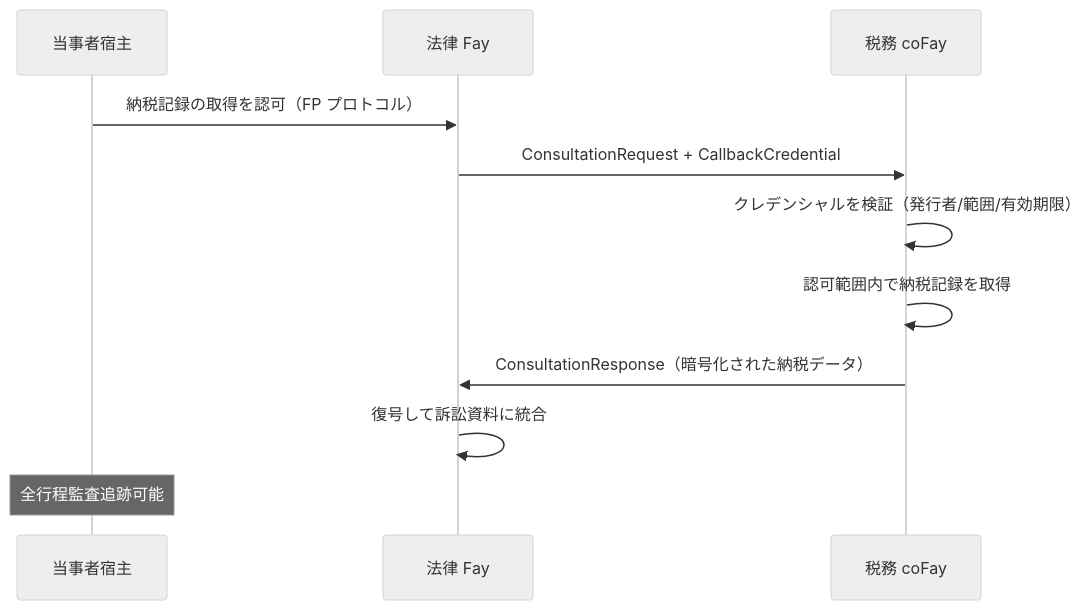
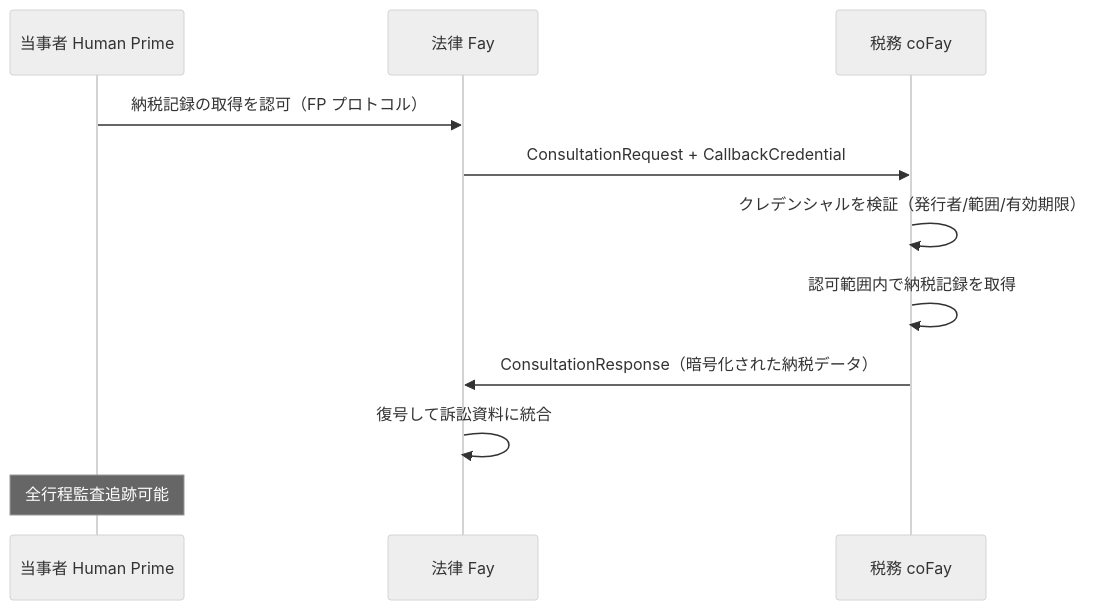
One commit to ChainModePilot/Telepathy-Protocol changed the third of 5 diagrams in docs/ja/blueprint/4-応用シナリオ.md. Above: the diagram before and after it, drawn with Mermaid (neutral theme). The commit also changed other lines of this file and 68 other files, not shown here.

First line of the commit message:
Use 'Human Prime' instead of 'Host' in blueprints

````diff
--- a/docs/ja/blueprint/4-応用シナリオ.md
+++ b/docs/ja/blueprint/4-応用シナリオ.md
@@ -84,14 +84,14 @@
 ```mermaid
 sequenceDiagram
-    participant C as 当事者宿主
+    participant C as 当事者 Human Prime
     participant LF as 法律 Fay
     participant TF as 税務 coFay
 
     C->>LF: 納税記録の取得を認可（FP プロトコル）
     LF->>TF: ConsultationRequest + CallbackCredential
     TF->>TF: クレデンシャルを検証（発行者/範囲/有効期限）
     TF->>TF: 認可範囲内で納税記録を取得
     TF->>LF: ConsultationResponse（暗号化された納税データ）
     LF->>LF: 復号して訴訟資料に統合
     Note over C: 全行程監査追跡可能
 ```
````
